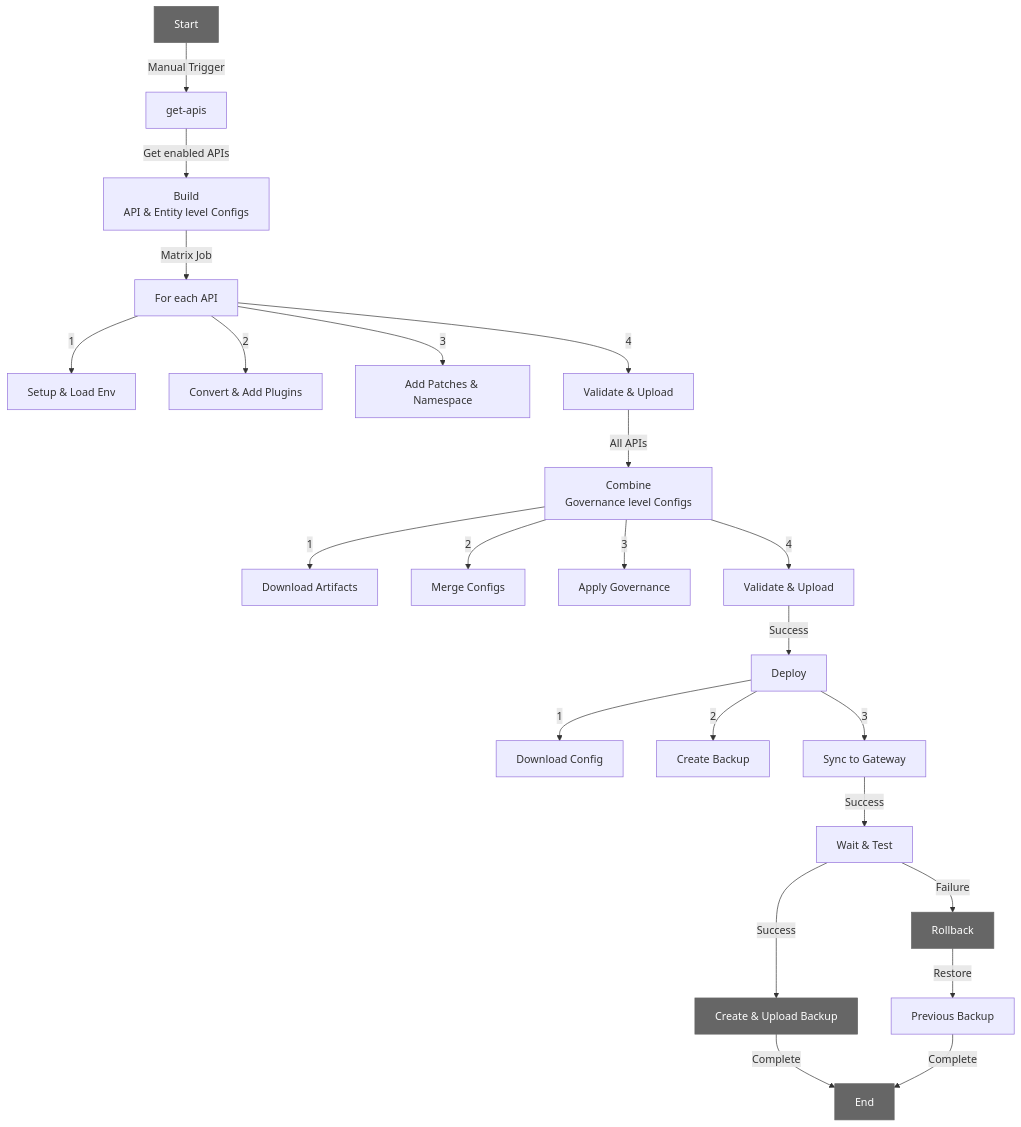
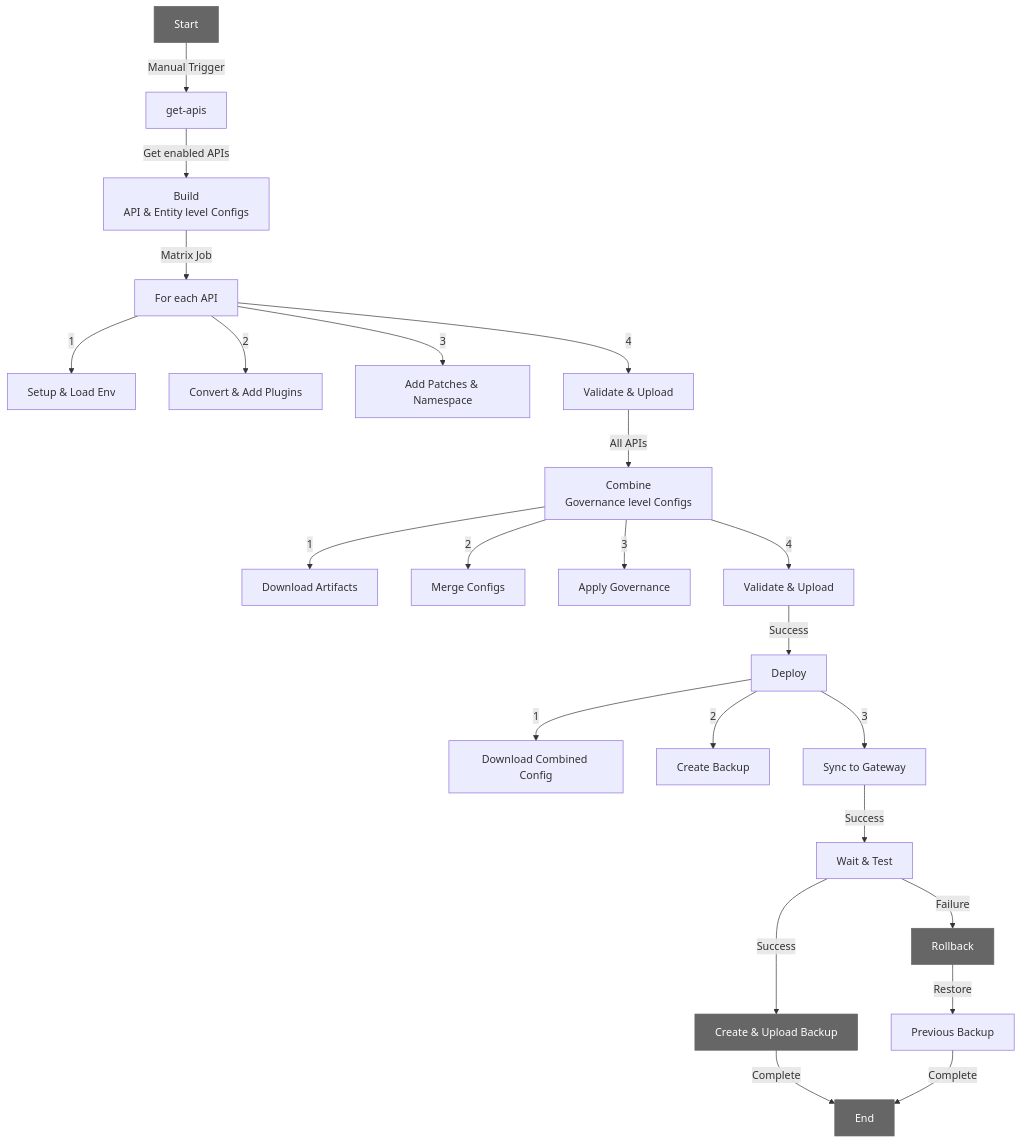
One commit to pantsel/mt-apiops-example changed the diagram in README.md. Above: the diagram before and after it, drawn with Mermaid.

````diff
--- a/README.md
+++ b/README.md
@@ -115,30 +115,30 @@
 ```mermaid
 graph TD
     A[Start] -->|Manual Trigger| B[get-apis]
     B -->|Get enabled APIs| C[Build<br>API & Entity level Configs]
     C -->|Matrix Job| D[For each API]
     D -->|1| E[Setup & Load Env]
     D -->|2| F[Convert & Add Plugins]
     D -->|3| G[Add Patches & Namespace]
     D -->|4| H[Validate & Upload]
     H -->|All APIs| I[Combine<br>Governance level Configs]
     I -->|1| J[Download Artifacts]
     I -->|2| K[Merge Configs]
     I -->|3| L[Apply Governance]
     I -->|4| M[Validate & Upload]
     M -->|Success| N[Deploy]
-    N -->|1| O[Download Config]
+    N -->|1| O[Download Combined Config]
     N -->|2| P[Create Backup]
     N -->|3| Q[Sync to Gateway]
     Q -->|Success| R[Wait & Test]
     R -->|Success| S[Create & Upload Backup]
     R -->|Failure| T[Rollback]
     T -->|Restore| U[Previous Backup]
     S -->|Complete| V[End]
     U -->|Complete| V[End]
 
     style A fill:#666,stroke:#666,stroke-width:1px,color:#fff
     style V fill:#666,stroke:#666,stroke-width:1px,color:#fff
     style T fill:#666,stroke:#666,stroke-width:1px,color:#fff
     style S fill:#666,stroke:#666,stroke-width:1px,color:#fff
 ```
````
